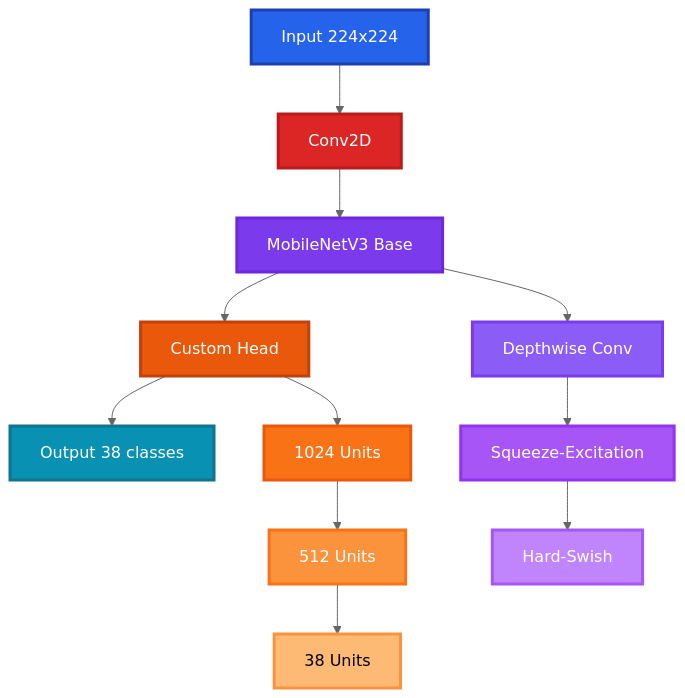
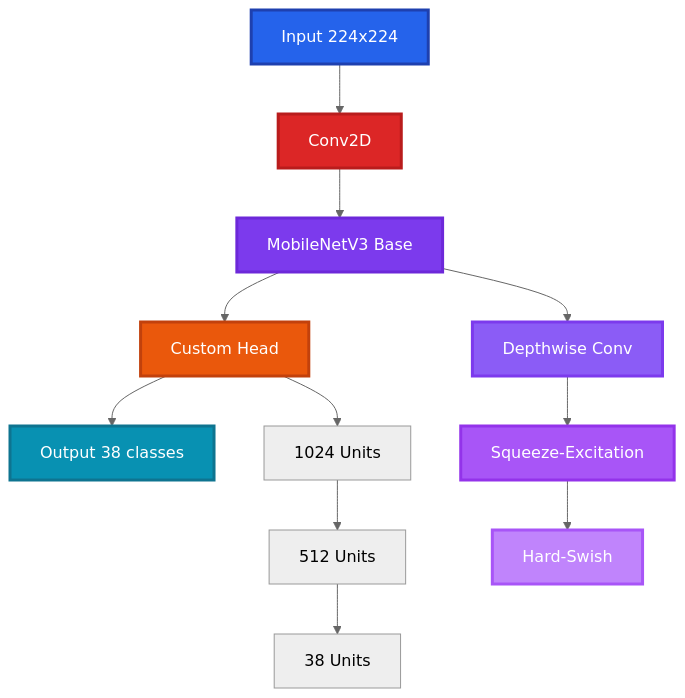
The third of 4 diagrams in docs/ARCHITECTURE.md (VIKAS9793/KrishiRakshak-2.0), drawn with Mermaid (neutral theme) before and after one commit. The commit also changed other lines of this file and 5 other files, not shown here.

First line of the commit message:
docs: enhance architecture and quickstart documentation with detailed AI/ML explanations and visualizations

````diff
--- a/docs/ARCHITECTURE.md
+++ b/docs/ARCHITECTURE.md
@@ -127,27 +246,24 @@
 ```mermaid
 graph TD
     A[Input 224x224] --> B[Conv2D]
     B --> C[MobileNetV3 Base]
     C --> D[Custom Head]
     D --> E[Output 38 classes]
     
     C --> F[Depthwise Conv]
     F --> G[Squeeze-Excitation]
     G --> H[Hard-Swish]
     
     D --> I[1024 Units]
     I --> J[512 Units]
     J --> K[38 Units]
 
     style A fill:#2563eb,stroke:#1e40af,stroke-width:3px,color:#ffffff
     style B fill:#dc2626,stroke:#b91c1c,stroke-width:3px,color:#ffffff
     style C fill:#7c3aed,stroke:#6d28d9,stroke-width:3px,color:#ffffff
     style D fill:#ea580c,stroke:#c2410c,stroke-width:3px,color:#ffffff
     style E fill:#0891b2,stroke:#0e7490,stroke-width:3px,color:#ffffff
     style F fill:#8b5cf6,stroke:#7c3aed,stroke-width:3px,color:#ffffff
     style G fill:#a855f7,stroke:#9333ea,stroke-width:3px,color:#ffffff
     style H fill:#c084fc,stroke:#a855f7,stroke-width:3px,color:#ffffff
-    style I fill:#f97316,stroke:#ea580c,stroke-width:3px,color:#ffffff
-    style J fill:#fb923c,stroke:#f97316,stroke-width:3px,color:#ffffff
-    style K fill:#fdba74,stroke:#fb923c,stroke-width:3px,color:#000000
 ```
````
